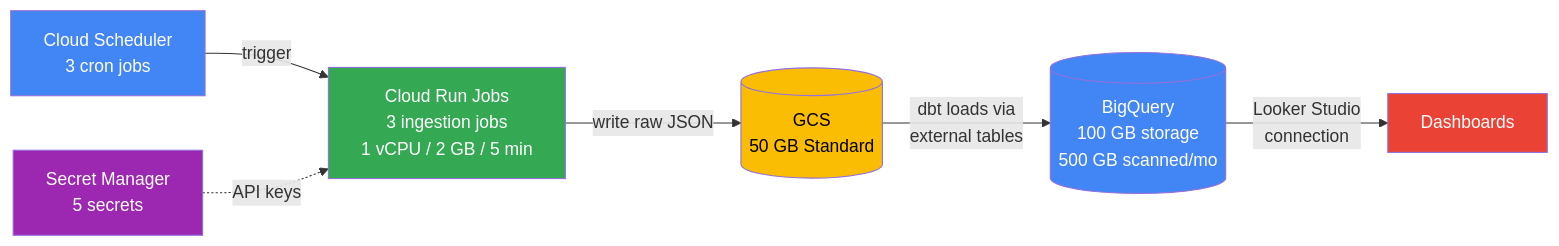
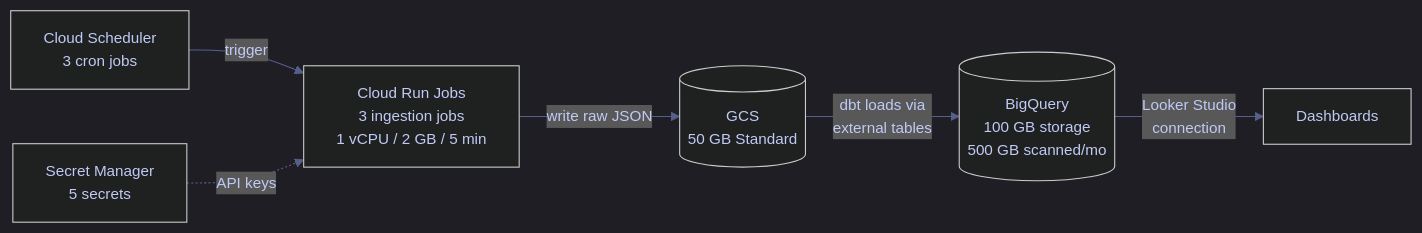
One commit to alp78/elysium changed the first of 3 diagrams in content/06-GCP/Cost-Management/gcp-total-cost-of-ownership.md. Above: the diagram before and after it, drawn with Mermaid. The commit also changed other lines of this file and 92 other files, not shown here.

````diff
--- a/content/06-GCP/Cost-Management/gcp-total-cost-of-ownership.md
+++ b/content/06-GCP/Cost-Management/gcp-total-cost-of-ownership.md
@@ -177,15 +196,20 @@
 ```mermaid
-graph LR
+%%{init: {'theme': 'dark', 'themeVariables': {
+  'primaryColor': '#292e42',
+  'primaryTextColor': '#c0caf5',
+  'primaryBorderColor': '#565f89',
+  'lineColor': '#565f89',
+  'secondaryColor': '#1a1b26',
+  'tertiaryColor': '#24283b',
+  'noteTextColor': '#c0caf5',
+  'noteBkgColor': '#292e42',
+  'textColor': '#c0caf5',
+  'fontSize': '14px'
+}}}%%
+flowchart LR
     CS[Cloud Scheduler\n3 cron jobs] -->|trigger| CRJ[Cloud Run Jobs\n3 ingestion jobs\n1 vCPU / 2 GB / 5 min]
     CRJ -->|write raw JSON| GCS[(GCS\n50 GB Standard)]
     GCS -->|dbt loads via\nexternal tables| BQ[(BigQuery\n100 GB storage\n500 GB scanned/mo)]
     BQ -->|Looker Studio\nconnection| DASH[Dashboards]
     SM[Secret Manager\n5 secrets] -.->|API keys| CRJ
-
-    style CS fill:#4285f4,color:#fff
-    style CRJ fill:#34a853,color:#fff
-    style GCS fill:#fbbc04,color:#000
-    style BQ fill:#4285f4,color:#fff
-    style DASH fill:#ea4335,color:#fff
-    style SM fill:#9c27b0,color:#fff
 ```
````
